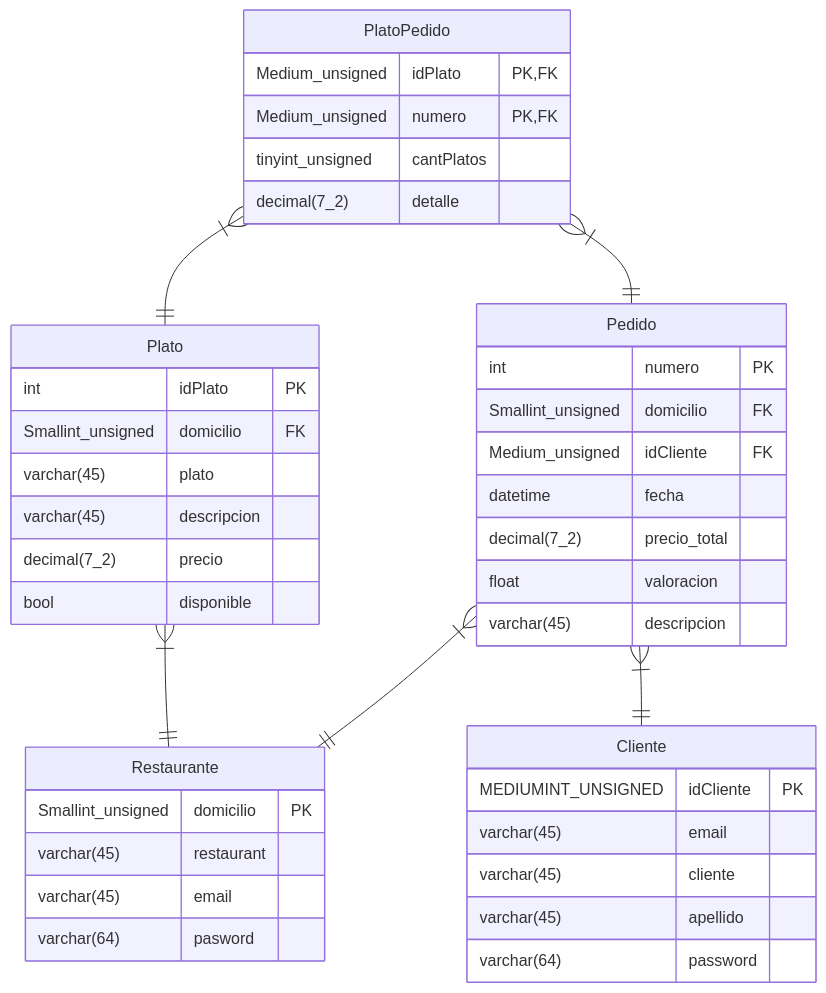
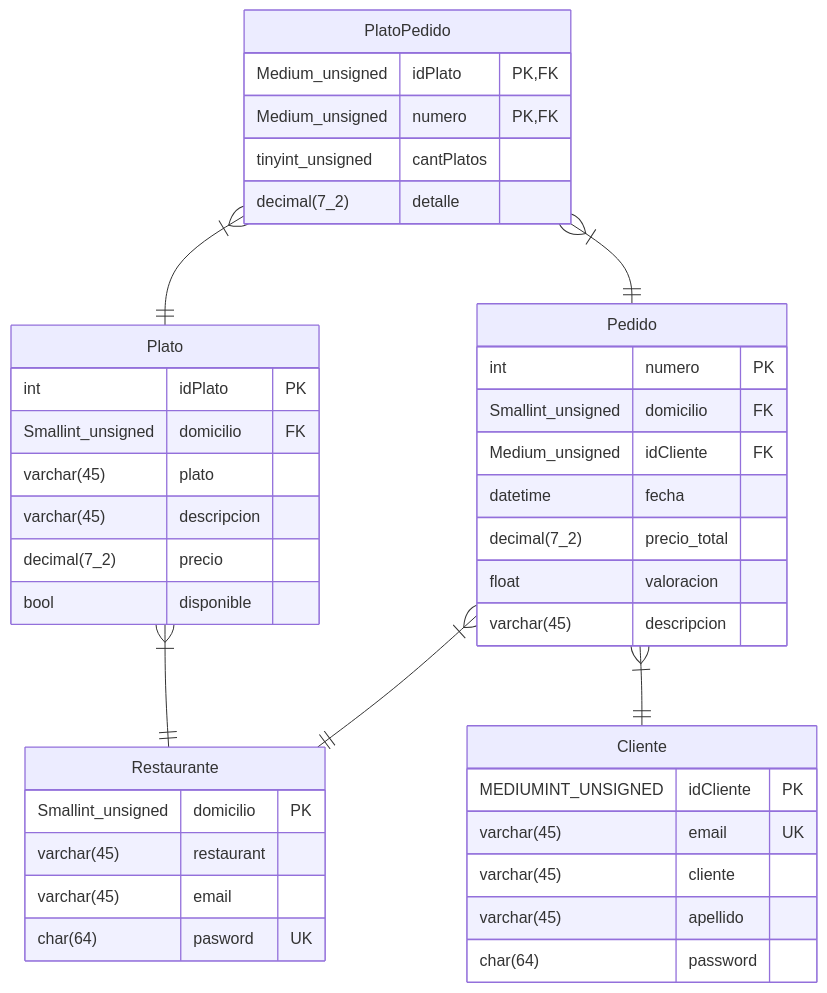
Before and after one commit to FranciscoBHF/Rapi_app: the diagram in doc/README.md, drawn with Mermaid.

Commit message:
Update README.md
-Tipo de Dato de {pasword} cambiado de (varchar) a (char)
-Agregado UK a Email

````diff
--- a/doc/README.md
+++ b/doc/README.md
@@ -1,45 +1,45 @@
 ```mermaid
 erDiagram
     Restaurante{
         Smallint_unsigned  domicilio PK
         varchar(45) restaurant
         varchar(45) email
-        varchar(64) pasword
+        char(64) pasword UK
 
     }
     Plato{
         int idPlato PK
         Smallint_unsigned domicilio FK
         varchar(45) plato
         varchar(45) descripcion
         decimal(7_2) precio
         bool disponible
     }   
     Cliente{
         MEDIUMINT_UNSIGNED idCliente PK
-        varchar(45) email 
+        varchar(45) email UK
         varchar(45) cliente
         varchar(45) apellido
-        varchar(64) password
+        char(64) password
     }
     Pedido{
         int numero PK
         Smallint_unsigned domicilio FK
         Medium_unsigned idCliente FK
         datetime fecha
         decimal(7_2) precio_total 
         float valoracion 
         varchar(45) descripcion
     }
     PlatoPedido{
         Medium_unsigned idPlato PK,FK
         Medium_unsigned numero PK,FK
         tinyint_unsigned cantPlatos
         decimal(7_2) detalle 
     }
     Plato }|--|| Restaurante : ""
     Pedido }|--|| Restaurante : ""
     PlatoPedido }|--|| Plato : ""
     PlatoPedido }|--|| Pedido : ""
     Pedido }|--|| Cliente : ""
 ```
````
